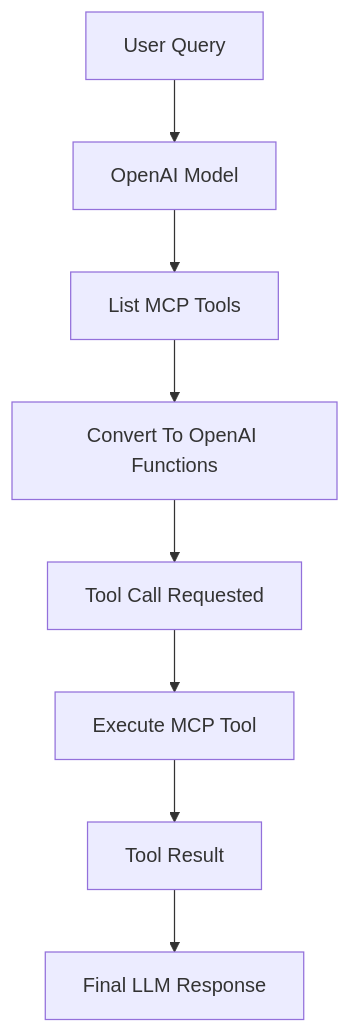
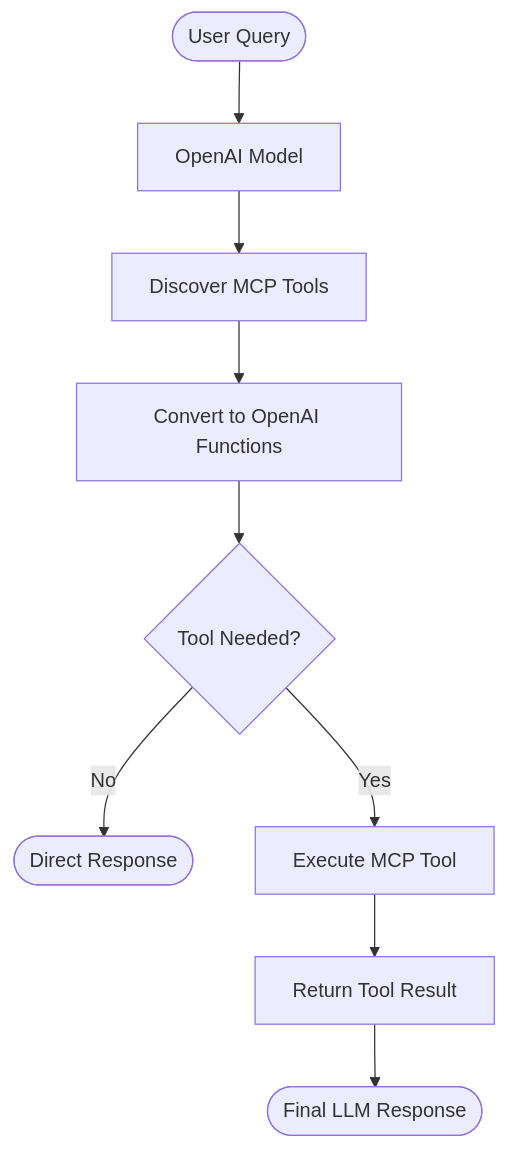
The third of 3 diagrams in 09 MCP Client Deep Dive/README.md (udityamerit/Complete-Guide-to-MCP-in-Python), drawn with Mermaid before and after one commit. The commit also changed other lines of this file and 3 other files, not shown here.

````diff
--- a/09 MCP Client Deep Dive/README.md
+++ b/09 MCP Client Deep Dive/README.md
@@ -195,27 +86,11 @@
 ```mermaid
 flowchart TD
-
-A[User Query]
-
-B[OpenAI Model]
-
-C[List MCP Tools]
-
-D[Convert To OpenAI Functions]
-
-E[Tool Call Requested]
-
-F[Execute MCP Tool]
-
-G[Tool Result]
-
-H[Final LLM Response]
-
-A --> B
-B --> C
-C --> D
-D --> E
-E --> F
-F --> G
-G --> H
+    A([User Query]) --> B[OpenAI Model]
+    B --> C[Discover MCP Tools]
+    C --> D[Convert to OpenAI Functions]
+    D --> E{Tool Needed?}
+    E -- No --> F([Direct Response])
+    E -- Yes --> G[Execute MCP Tool]
+    G --> H[Return Tool Result]
+    H --> I([Final LLM Response])
 ```
````
